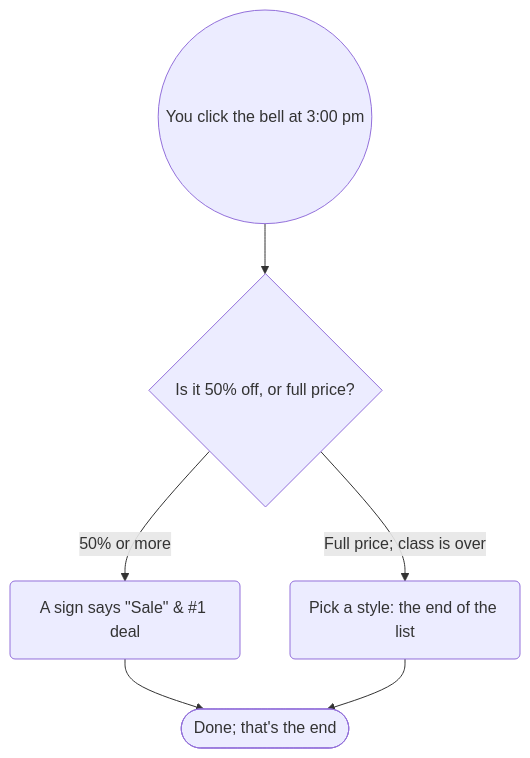
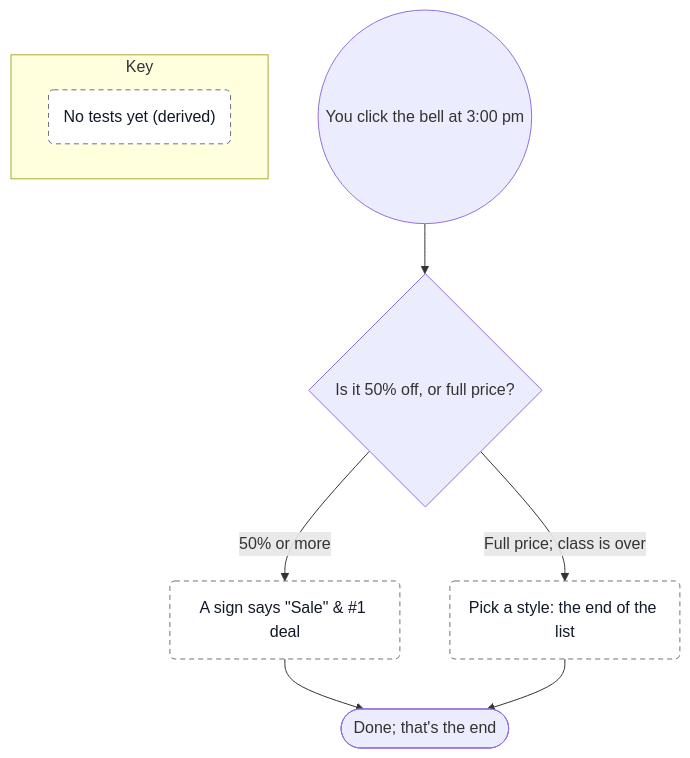
The diagram in test/e2e/fixtures/maps/escaping.md (fayedintoyou/context-kit), drawn with Mermaid before and after one commit. The commit also changed 21 other files, not shown here.

````diff
--- a/test/e2e/fixtures/maps/escaping.md
+++ b/test/e2e/fixtures/maps/escaping.md
@@ -37,13 +37,19 @@
 ```mermaid
 flowchart TD
   n_bell(("You #99;lick the bell at 3#58;00 pm"))
   n_price{"Is it 50#37; off, or full price?"}
   n_sale("A sign says #quot;Sale#quot; #38; #35;1 deal")
   n_pick("Pick a #115;tyle#58; the #101;nd of the list")
   n_done(["Done#59; that's the #101;nd"])
   n_bell --> n_price
   n_price -->|"50#37; or more"| n_sale
   n_price -->|"Full price#59; #99;lass is over"| n_pick
   n_sale --> n_done
   n_pick --> n_done
+  classDef st_untested fill:#ffffff,stroke:#6b7280,stroke-dasharray:5 4,color:#111827
+  class n_sale,n_pick st_untested
+  subgraph status_key["Key"]
+    direction LR
+    key_untested("No tests yet (derived)"):::st_untested
+  end
 ```
````
